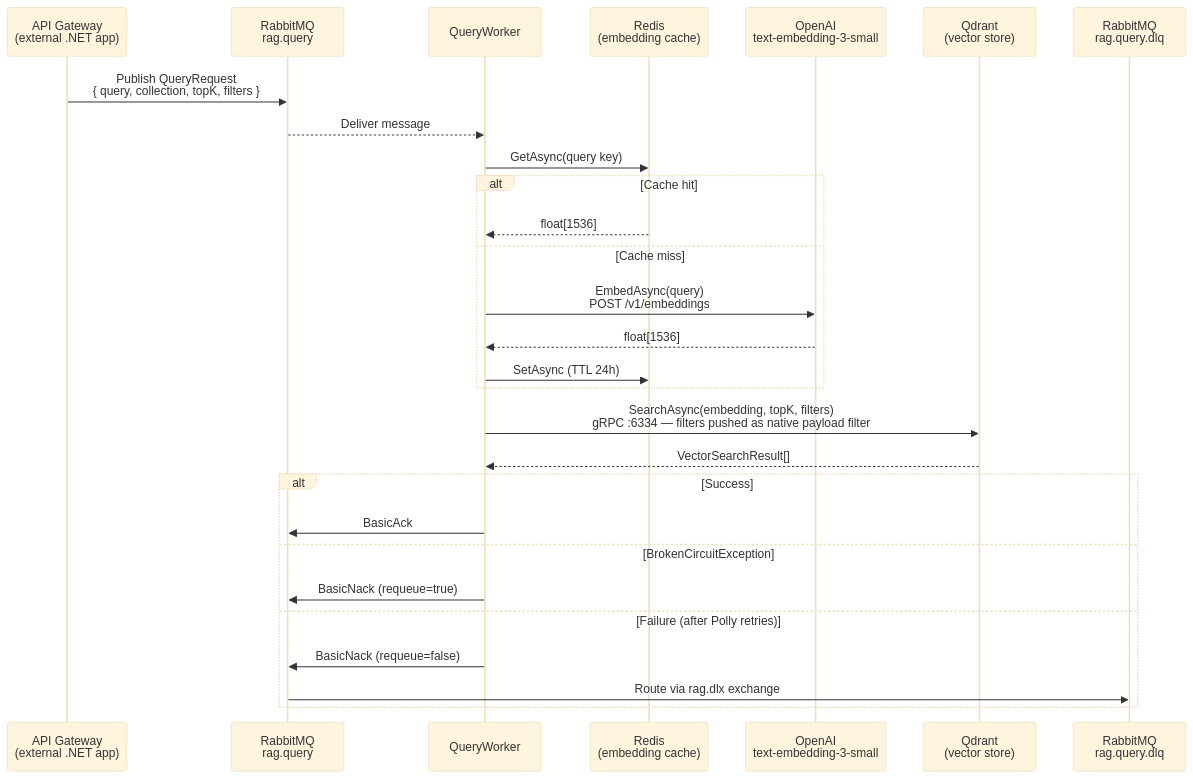
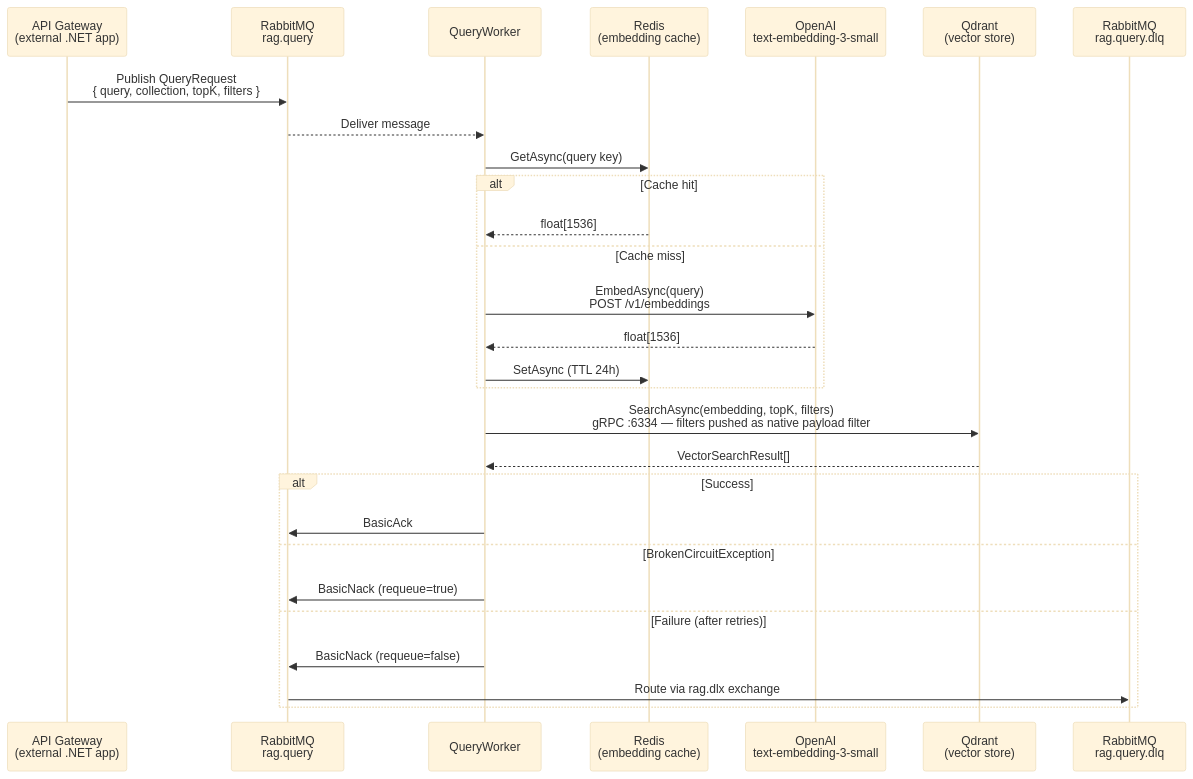
Before and after one commit to mustafagoktugibolar/RagService: the second of 3 diagrams in README.md, drawn with Mermaid (base theme). The commit also changed other lines of this file and 27 other files, not shown here.

````diff
--- a/README.md
+++ b/README.md
@@ -54,35 +54,35 @@
 ```mermaid
 sequenceDiagram
     participant GW as API Gateway<br/>(external .NET app)
     participant MQ as RabbitMQ<br/>rag.query
     participant QW as QueryWorker
     participant RD as Redis<br/>(embedding cache)
     participant OAI as OpenAI<br/>text-embedding-3-small
     participant QD as Qdrant<br/>(vector store)
     participant DLQ as RabbitMQ<br/>rag.query.dlq
 
     GW->>MQ: Publish QueryRequest<br/>{ query, collection, topK, filters }
 
     MQ-->>QW: Deliver message
 
     QW->>RD: GetAsync(query key)
     alt Cache hit
         RD-->>QW: float[1536]
     else Cache miss
         QW->>OAI: EmbedAsync(query)<br/>POST /v1/embeddings
         OAI-->>QW: float[1536]
         QW->>RD: SetAsync (TTL 24h)
     end
 
     QW->>QD: SearchAsync(embedding, topK, filters)<br/>gRPC :6334 — filters pushed as native payload filter
     QD-->>QW: VectorSearchResult[]
 
     alt Success
         QW->>MQ: BasicAck
     else BrokenCircuitException
         QW->>MQ: BasicNack (requeue=true)
-    else Failure (after Polly retries)
+    else Failure (after retries)
         QW->>MQ: BasicNack (requeue=false)
         MQ->>DLQ: Route via rag.dlx exchange
     end
 ```
````
